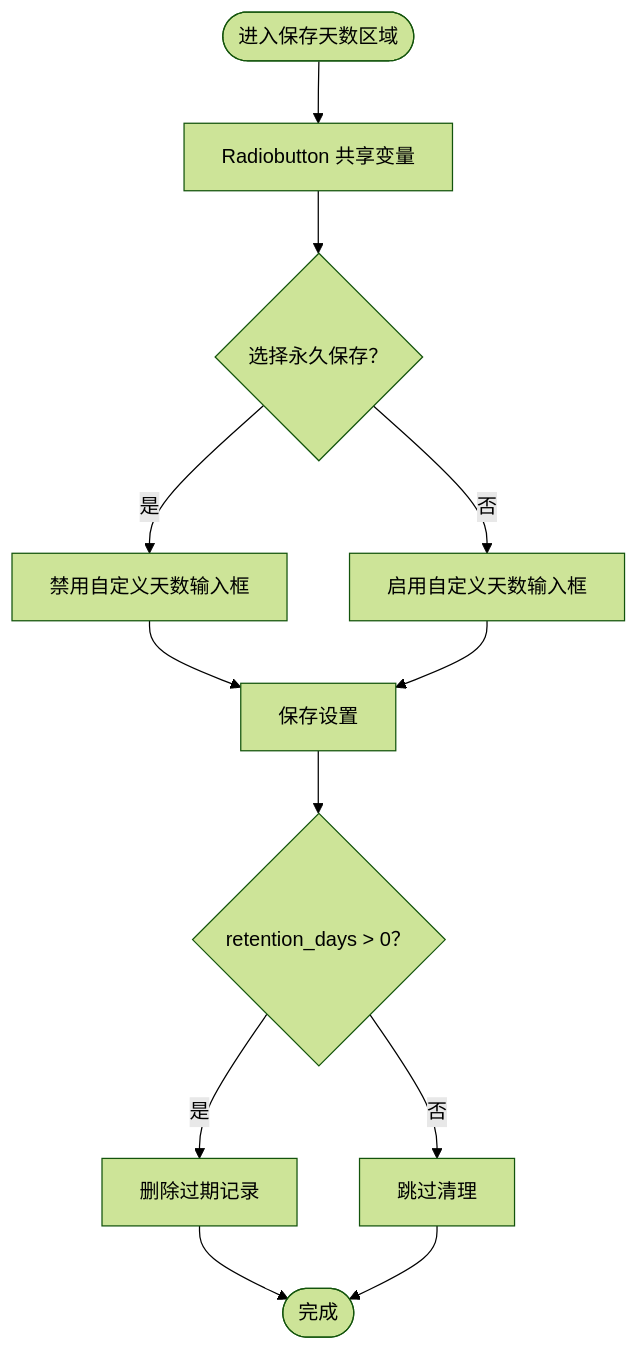
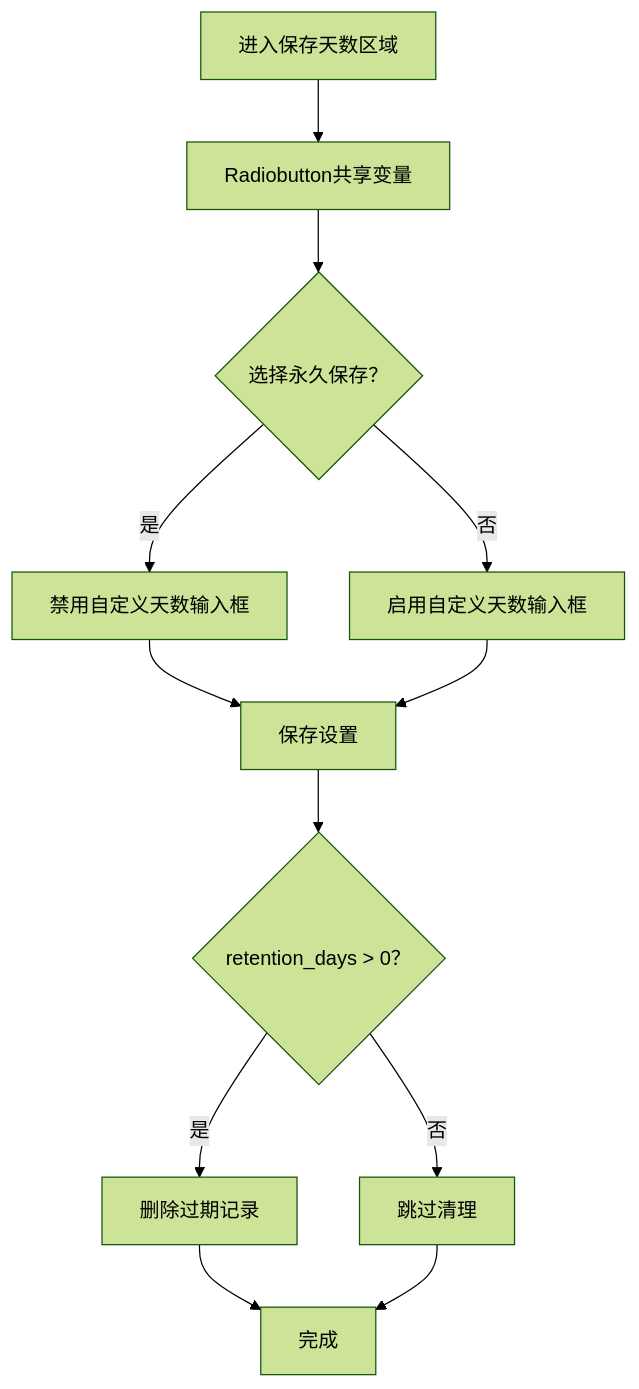
The fourth of 8 diagrams in .qoder/repowiki/zh/content/API参考/ClipboardGUI类/设置标签页界面/设置标签页界面.md (wzuu/CopyHistory), drawn with Mermaid (forest theme) before and after one commit. The commit also changed other lines of this file and 7 other files, not shown here.

````diff
--- a/.qoder/repowiki/zh/content/API参考/ClipboardGUI类/设置标签页界面/设置标签页界面.md
+++ b/.qoder/repowiki/zh/content/API参考/ClipboardGUI类/设置标签页界面/设置标签页界面.md
@@ -153,14 +159,14 @@
 ```mermaid
 flowchart TD
-Start(["进入保存天数区域"]) --> RadioGroup["Radiobutton 共享变量"]
+Start["进入保存天数区域"] --> RadioGroup["Radiobutton共享变量"]
 RadioGroup --> Permanent{"选择永久保存？"}
 Permanent --> |是| DisableDays["禁用自定义天数输入框"]
 Permanent --> |否| EnableDays["启用自定义天数输入框"]
 DisableDays --> Save["保存设置"]
 EnableDays --> Save
 Save --> Expired{"retention_days > 0？"}
 Expired --> |是| DeleteExpired["删除过期记录"]
 Expired --> |否| Skip["跳过清理"]
-DeleteExpired --> End(["完成"])
+DeleteExpired --> End["完成"]
 Skip --> End
 ```
````
